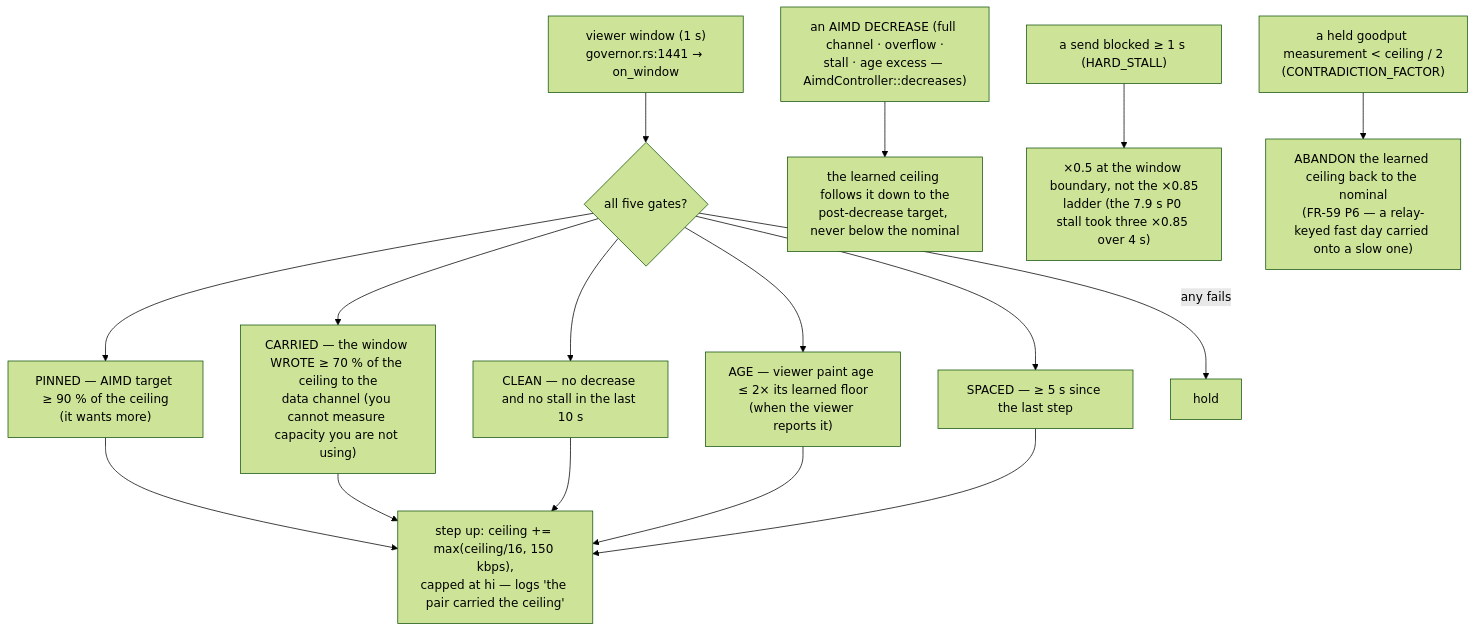
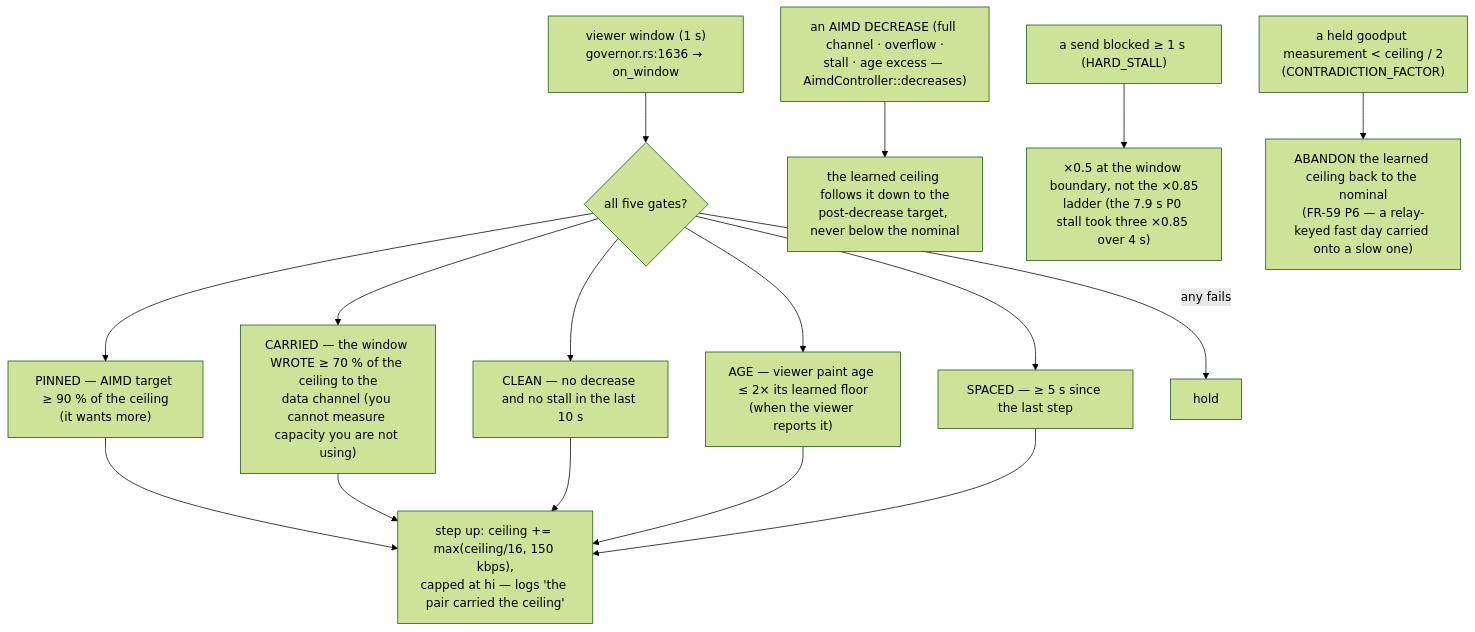
The fourth of 11 diagrams in docs/rate-control.md (gjovanov/roomler-ai), drawn with Mermaid (forest theme) before and after one commit. The commit also changed other lines of this file and 43 other files, not shown here.

````diff
--- a/docs/rate-control.md
+++ b/docs/rate-control.md
@@ -351,14 +415,14 @@
 ```mermaid
 flowchart TB
-    WIN["viewer window (1 s)<br/>governor.rs:1441 → on_window"] --> G{"all five gates?"}
+    WIN["viewer window (1 s)<br/>governor.rs:1636 → on_window"] --> G{"all five gates?"}
     G --> P["PINNED — AIMD target ≥ 90 % of the ceiling<br/>(it wants more)"]
     G --> CAR["CARRIED — the window WROTE ≥ 70 % of the ceiling to the<br/>data channel (you cannot measure capacity you are not using)"]
     G --> CL["CLEAN — no decrease and no stall in the last 10 s"]
     G --> AGE["AGE — viewer paint age ≤ 2× its learned floor<br/>(when the viewer reports it)"]
     G --> SP["SPACED — ≥ 5 s since the last step"]
     P & CAR & CL & AGE & SP --> STEP["step up: ceiling += max(ceiling/16, 150 kbps),<br/>capped at hi — logs 'the pair carried the ceiling'"]
     G -- any fails --> HOLD["hold"]
     DEC["an AIMD DECREASE (full channel · overflow ·<br/>stall · age excess — AimdController::decreases)"] --> PULL["the learned ceiling follows it down to the<br/>post-decrease target, never below the nominal"]
     HS["a send blocked ≥ 1 s (HARD_STALL)"] --> MD["×0.5 at the window boundary, not the ×0.85<br/>ladder (the 7.9 s P0 stall took three ×0.85 over 4 s)"]
     MEAS["a held goodput measurement < ceiling / 2<br/>(CONTRADICTION_FACTOR)"] --> AB["ABANDON the learned ceiling back to the nominal<br/>(FR-59 P6 — a relay-keyed fast day carried onto a slow one)"]
 ```
````
